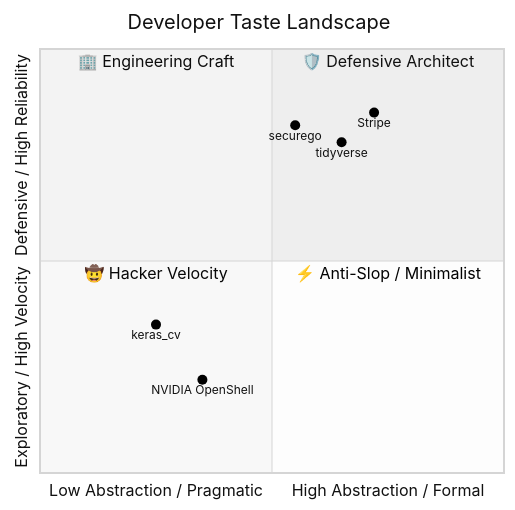
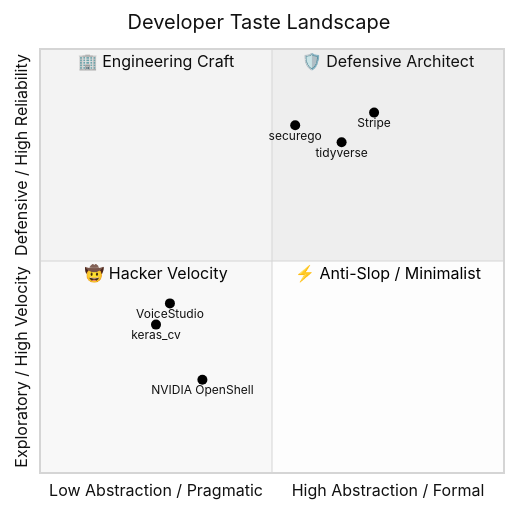
One commit to joe1chief/taste-your-taste changed the second of 2 diagrams in README.md. Above: the diagram before and after it, drawn with Mermaid (neutral theme). The commit also changed other lines of this file and 22 other files, not shown here.

````diff
--- a/README.md
+++ b/README.md
@@ -87,15 +174,16 @@
 ```mermaid
 quadrantChart
     title Developer Taste Landscape
     x-axis "Low Abstraction / Pragmatic" --> "High Abstraction / Formal"
     y-axis "Exploratory / High Velocity" --> "Defensive / High Reliability"
     quadrant-1 "🛡️ Defensive Architect"
     quadrant-2 "🏢 Engineering Craft"
     quadrant-3 "🤠 Hacker Velocity"
     quadrant-4 "⚡ Anti-Slop / Minimalist"
     "tidyverse": [0.65, 0.78]
     "Stripe": [0.72, 0.85]
     "securego": [0.55, 0.82]
     "keras_cv": [0.25, 0.35]
     "NVIDIA OpenShell": [0.35, 0.22]
+    "VoiceStudio": [0.28, 0.40]
 ```
````
